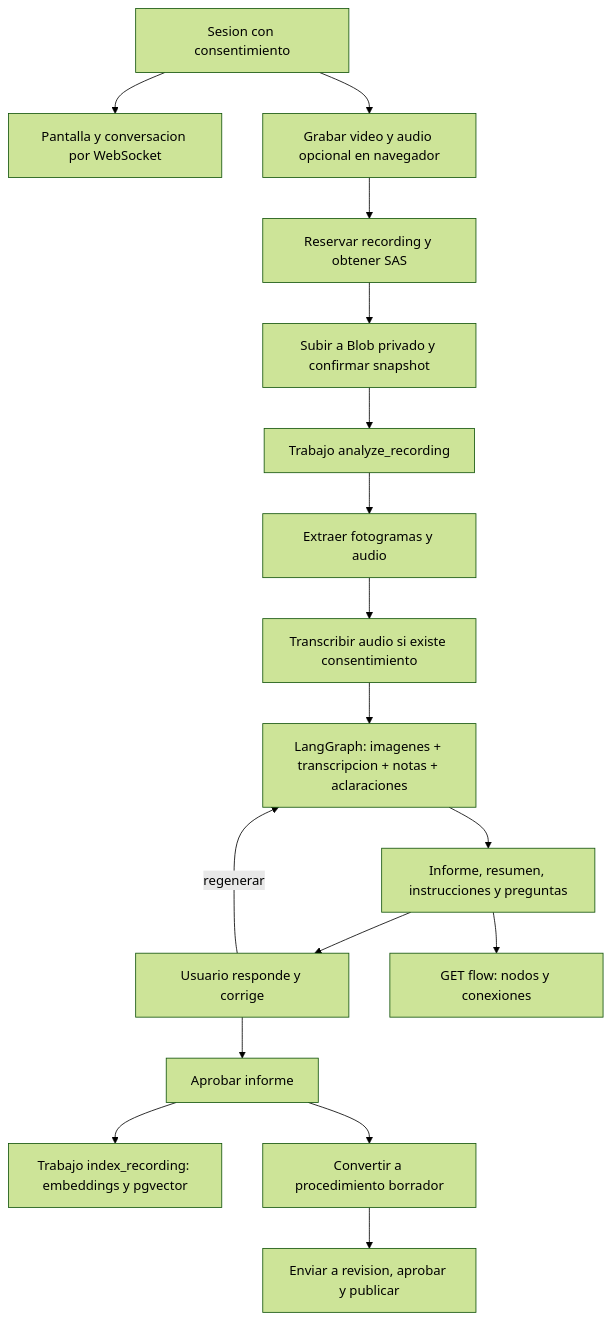
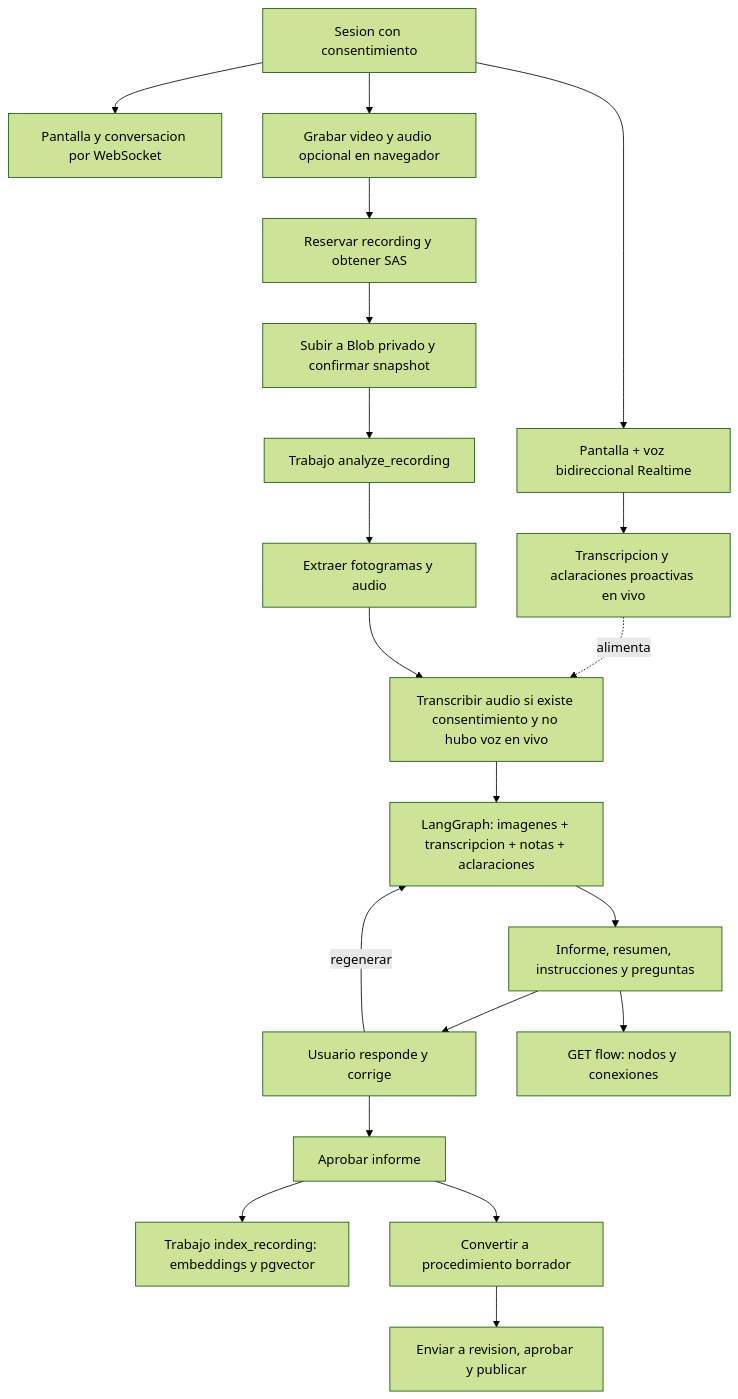
The diagram in docs/seguimiento/guias/06-aprendizaje-visual.md (DeyvidGC/cognitive-os-backend), drawn with Mermaid (forest theme) before and after one commit. The commit also changed other lines of this file and 17 other files, not shown here.

````diff
--- a/docs/seguimiento/guias/06-aprendizaje-visual.md
+++ b/docs/seguimiento/guias/06-aprendizaje-visual.md
@@ -9,19 +9,22 @@
 ```mermaid
 flowchart TD
   A[Sesion con consentimiento] --> B[Pantalla y conversacion por WebSocket]
+  A --> B2[Pantalla + voz bidireccional Realtime]
   A --> C[Grabar video y audio opcional en navegador]
+  B2 --> Q[Transcripcion y aclaraciones proactivas en vivo]
   C --> D[Reservar recording y obtener SAS]
   D --> E[Subir a Blob privado y confirmar snapshot]
   E --> F[Trabajo analyze_recording]
   F --> G[Extraer fotogramas y audio]
-  G --> H[Transcribir audio si existe consentimiento]
+  Q -.alimenta.-> H
+  G --> H[Transcribir audio si existe consentimiento y no hubo voz en vivo]
   H --> I[LangGraph: imagenes + transcripcion + notas + aclaraciones]
   I --> J[Informe, resumen, instrucciones y preguntas]
   J --> K[Usuario responde y corrige]
   K -->|regenerar| I
   K --> L[Aprobar informe]
   L --> M[Trabajo index_recording: embeddings y pgvector]
   L --> N[Convertir a procedimiento borrador]
   N --> O[Enviar a revision, aprobar y publicar]
   J --> P[GET flow: nodos y conexiones]
 ```
````
